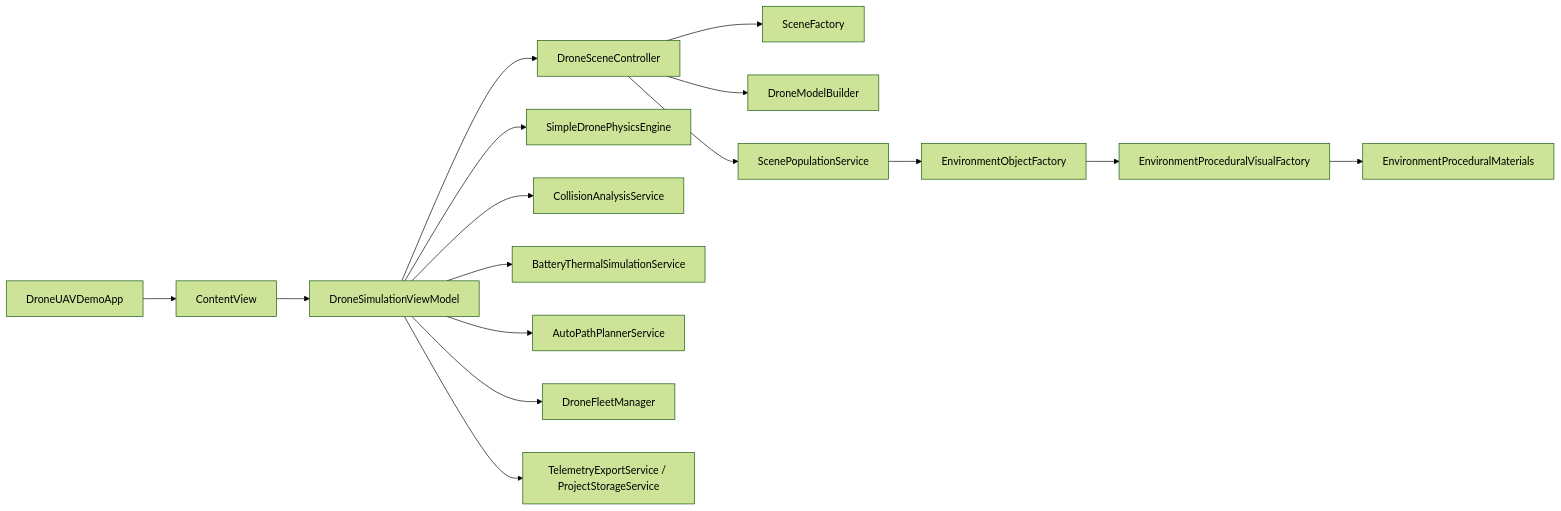
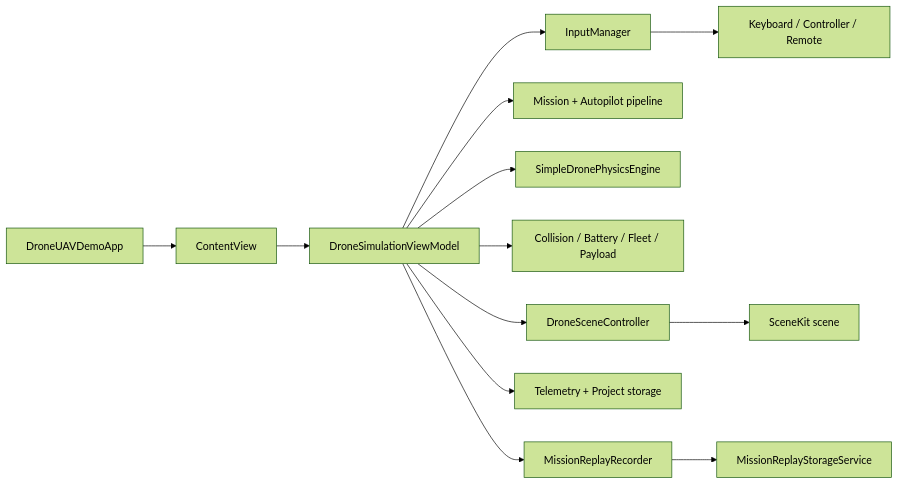
Before and after one commit to Mixxa1/UAVsim: the diagram in DroneUAVDemo/PROJECT_STRUCTURE_RU.md, drawn with Mermaid (forest theme). The commit also changed other lines of this file and 14 other files, not shown here.

````diff
--- a/DroneUAVDemo/PROJECT_STRUCTURE_RU.md
+++ b/DroneUAVDemo/PROJECT_STRUCTURE_RU.md
@@ -94,18 +80,15 @@
 ```mermaid
 flowchart LR
     A["DroneUAVDemoApp"] --> B["ContentView"]
     B --> C["DroneSimulationViewModel"]
-    C --> D["DroneSceneController"]
-    C --> E["SimpleDronePhysicsEngine"]
-    C --> F["CollisionAnalysisService"]
-    C --> G["BatteryThermalSimulationService"]
-    C --> H["AutoPathPlannerService"]
-    C --> I["DroneFleetManager"]
-    C --> J["TelemetryExportService / ProjectStorageService"]
-    D --> K["SceneFactory"]
-    D --> L["DroneModelBuilder"]
-    D --> M["ScenePopulationService"]
-    M --> N["EnvironmentObjectFactory"]
-    N --> O["EnvironmentProceduralVisualFactory"]
-    O --> P["EnvironmentProceduralMaterials"]
+    C --> D["InputManager"]
+    D --> E["Keyboard / Controller / Remote"]
+    C --> F["Mission + Autopilot pipeline"]
+    C --> G["SimpleDronePhysicsEngine"]
+    C --> H["Collision / Battery / Fleet / Payload"]
+    C --> I["DroneSceneController"]
+    I --> J["SceneKit scene"]
+    C --> K["Telemetry + Project storage"]
+    C --> L["MissionReplayRecorder"]
+    L --> M["MissionReplayStorageService"]
 ```
````
